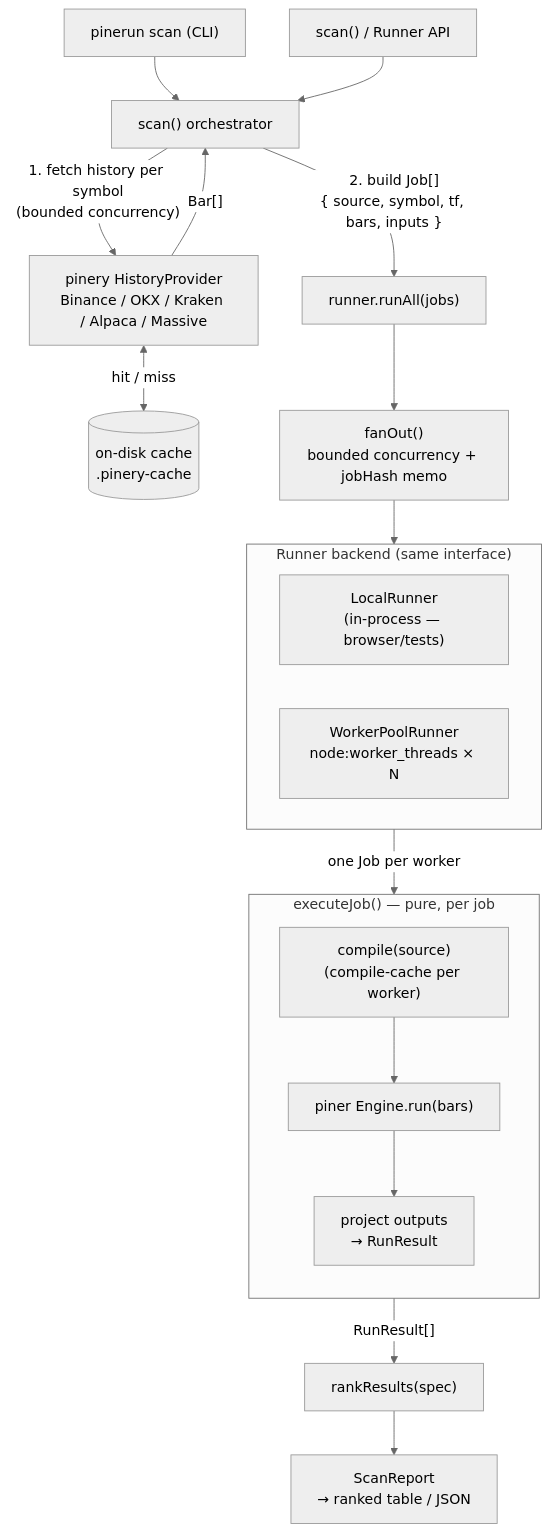
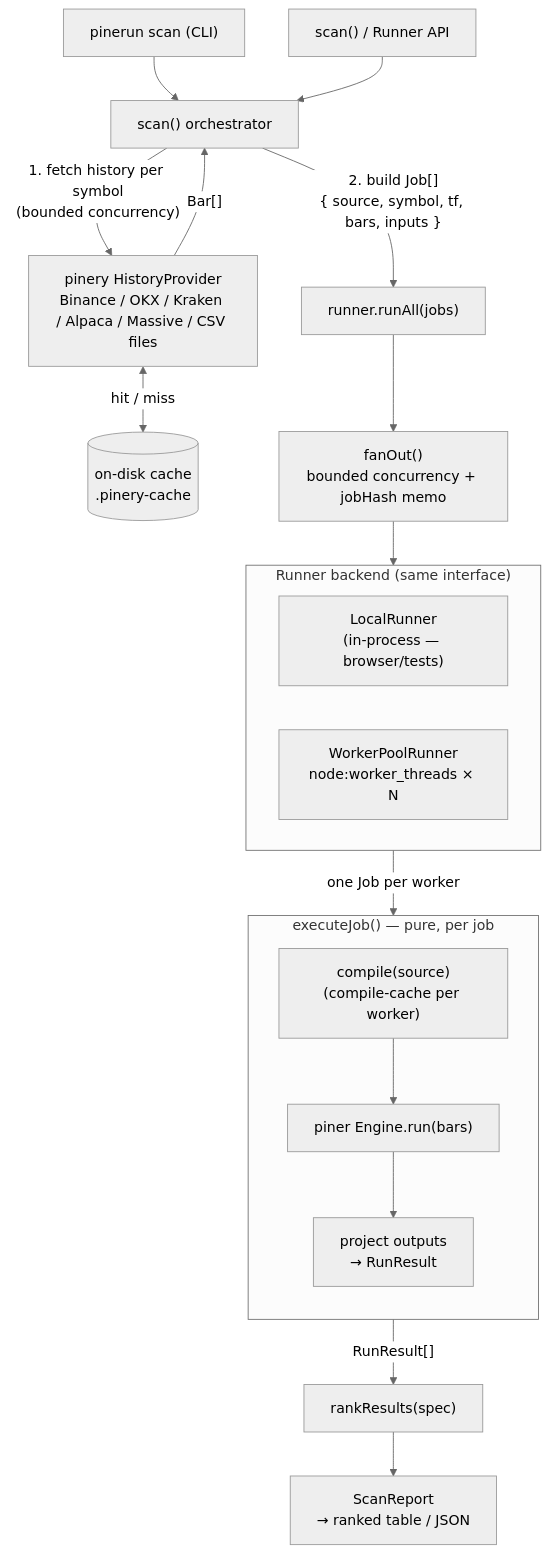
Before and after one commit to heyphat/pinestack: the diagram in packages/pinerun/README.md, drawn with Mermaid (neutral theme). The commit also changed other lines of this file and 22 other files, not shown here.

Commit message:
feat(pinery,pinerun): CSV file provider (--provider csv / --data-dir); request.security degradation warnings

````diff
--- a/packages/pinerun/README.md
+++ b/packages/pinerun/README.md
@@ -107,32 +107,32 @@
 ```mermaid
 flowchart TB
   CLI["pinerun scan (CLI)"] --> SCAN
   APIU["scan() / Runner API"] --> SCAN
 
   SCAN["scan() orchestrator"]
 
   SCAN -->|"1. fetch history per symbol<br/>(bounded concurrency)"| PINERY
-  PINERY["pinery HistoryProvider<br/>Binance / OKX / Kraken / Alpaca / Massive"]
+  PINERY["pinery HistoryProvider<br/>Binance / OKX / Kraken / Alpaca / Massive / CSV files"]
   PINERY <-->|"hit / miss"| DISK[("on-disk cache<br/>.pinery-cache")]
   PINERY -->|"Bar[]"| SCAN
 
   SCAN -->|"2. build Job[]<br/>{ source, symbol, tf, bars, inputs }"| RUNALL["runner.runAll(jobs)"]
 
   RUNALL --> FANOUT["fanOut()<br/>bounded concurrency + jobHash memo"]
 
   FANOUT --> POOL
   subgraph POOL["Runner backend (same interface)"]
     direction LR
     LOCAL["LocalRunner<br/>(in-process — browser/tests)"]
     WP["WorkerPoolRunner<br/>node:worker_threads × N"]
   end
 
   POOL -->|"one Job per worker"| EXEC
   subgraph EXEC["executeJob() — pure, per job"]
     direction TB
     C["compile(source)<br/>(compile-cache per worker)"] --> E["piner Engine.run(bars)"] --> P["project outputs<br/>→ RunResult"]
   end
 
   EXEC -->|"RunResult[]"| RANK["rankResults(spec)"]
   RANK --> REPORT["ScanReport<br/>→ ranked table / JSON"]
 ```
````
